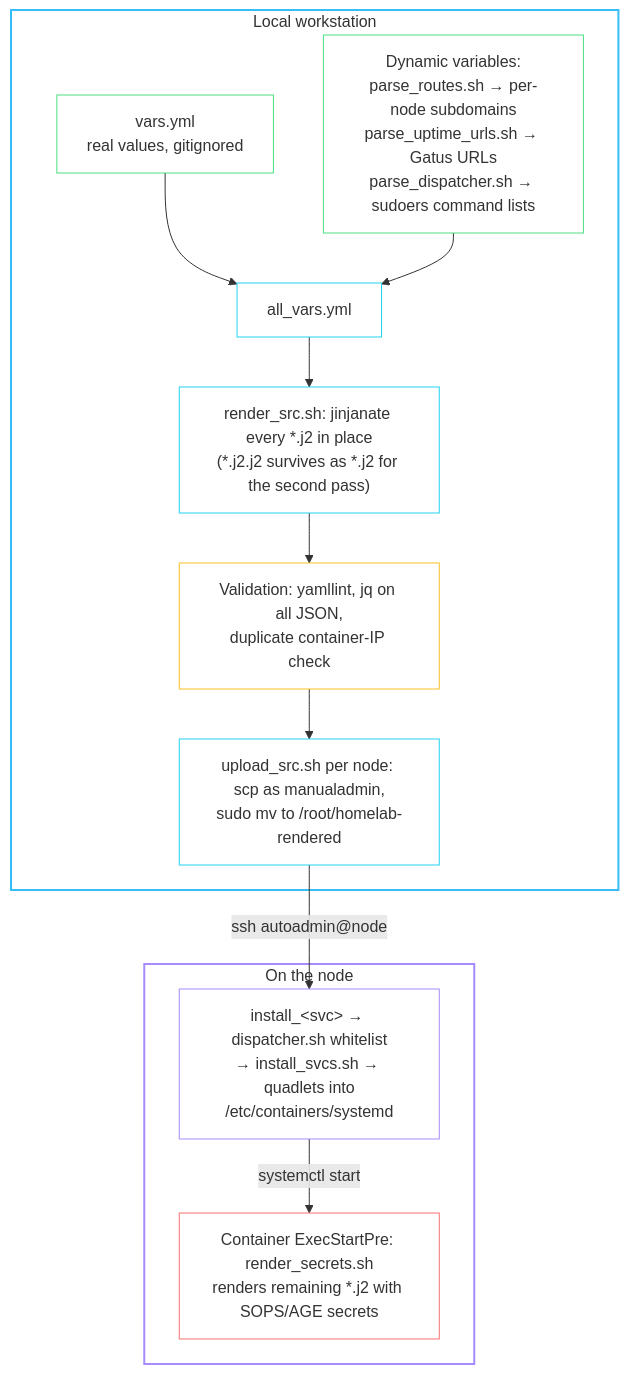
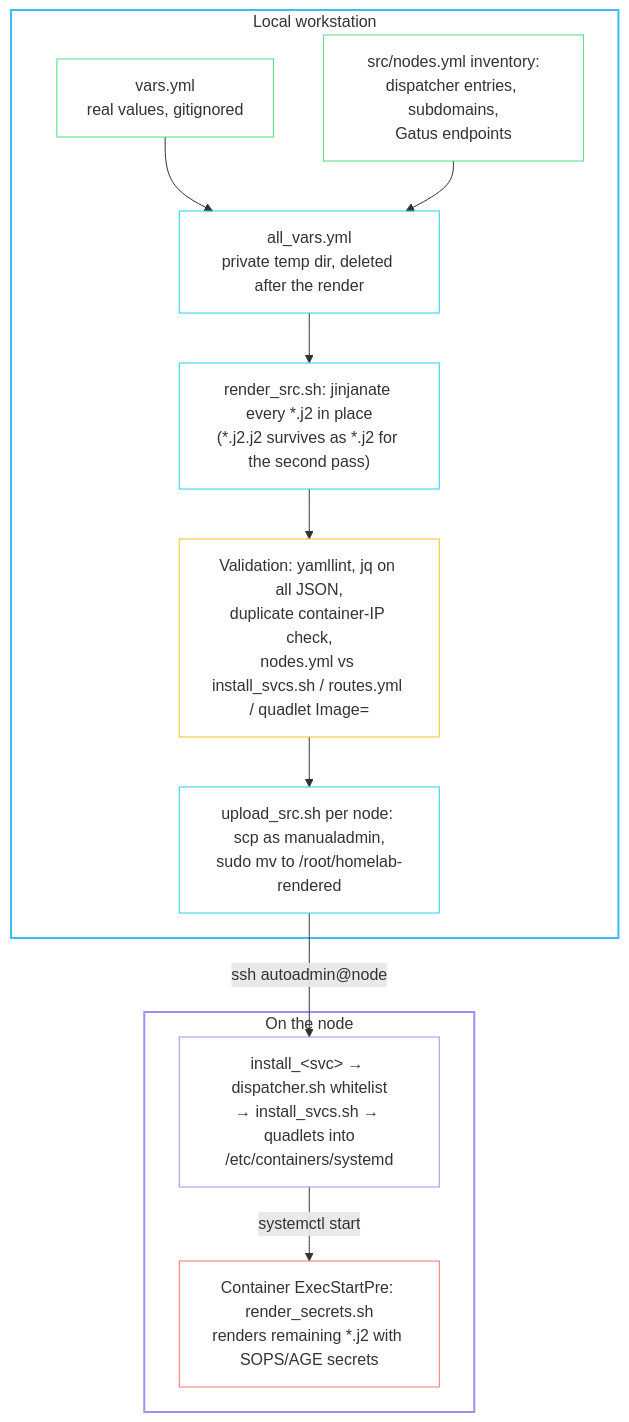
The diagram in src/www/docs/homelab/development.md (babraham123/homesite), drawn with Mermaid before and after one commit. The commit also changed other lines of this file and 25 other files, not shown here.

````diff
--- a/src/www/docs/homelab/development.md
+++ b/src/www/docs/homelab/development.md
@@ -48,35 +48,35 @@
 ```mermaid
 flowchart TB
     subgraph local["Local workstation"]
         vars["vars.yml<br/>real values, gitignored"]
-        parse["Dynamic variables:<br/>parse_routes.sh → per-node subdomains<br/>parse_uptime_urls.sh → Gatus URLs<br/>parse_dispatcher.sh → sudoers command lists"]
-        allvars["all_vars.yml"]
+        inventory["src/nodes.yml inventory:<br/>dispatcher entries, subdomains,<br/>Gatus endpoints"]
+        allvars["all_vars.yml<br/>private temp dir, deleted after the render"]
         render["render_src.sh: jinjanate every *.j2 in place<br/>(*.j2.j2 survives as *.j2 for the second pass)"]
-        validate["Validation: yamllint, jq on all JSON,<br/>duplicate container-IP check"]
+        validate["Validation: yamllint, jq on all JSON,<br/>duplicate container-IP check,<br/>nodes.yml vs install_svcs.sh / routes.yml / quadlet Image="]
         upload["upload_src.sh per node: scp as manualadmin,<br/>sudo mv to /root/homelab-rendered"]
     end
 
     subgraph node["On the node"]
         dispatch["install_&lt;svc&gt; → dispatcher.sh whitelist<br/>→ install_svcs.sh → quadlets into<br/>/etc/containers/systemd"]
         second["Container ExecStartPre: render_secrets.sh<br/>renders remaining *.j2 with SOPS/AGE secrets"]
     end
 
     vars --> allvars
-    parse --> allvars
+    inventory --> allvars
     allvars --> render --> validate --> upload
     upload -- "ssh autoadmin@node" --> dispatch
     dispatch -- "systemctl start" --> second
 
     style local stroke:#38bdf8,stroke-width:2px,fill:transparent
     style node stroke:#a78bfa,stroke-width:2px,fill:transparent
     classDef input stroke:#4ade80,fill:transparent
     classDef step stroke:#22d3ee,fill:transparent
     classDef onnode stroke:#a78bfa,fill:transparent
     classDef check stroke:#fbbf24,fill:transparent
     classDef secret stroke:#f87171,fill:transparent
-    class vars,parse input
+    class vars,inventory input
     class allvars,render,upload step
     class dispatch onnode
     class validate check
     class second secret
 ```
````
